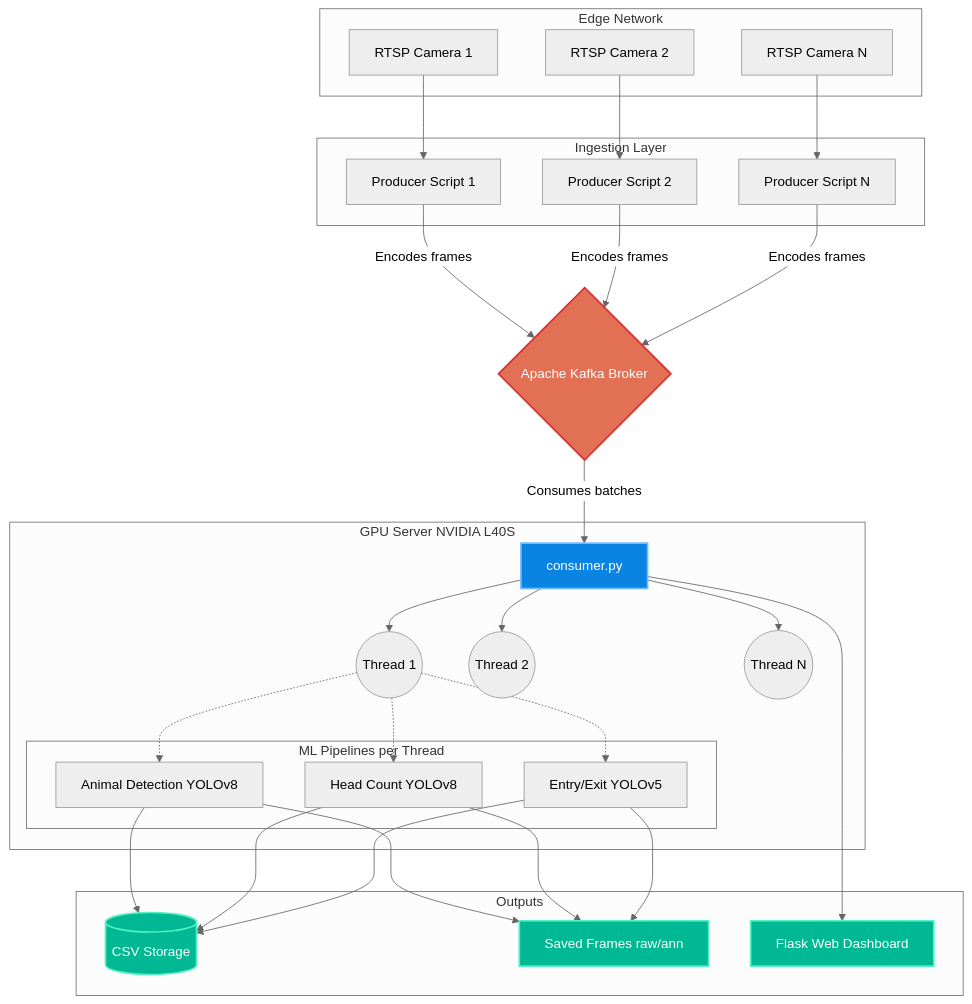
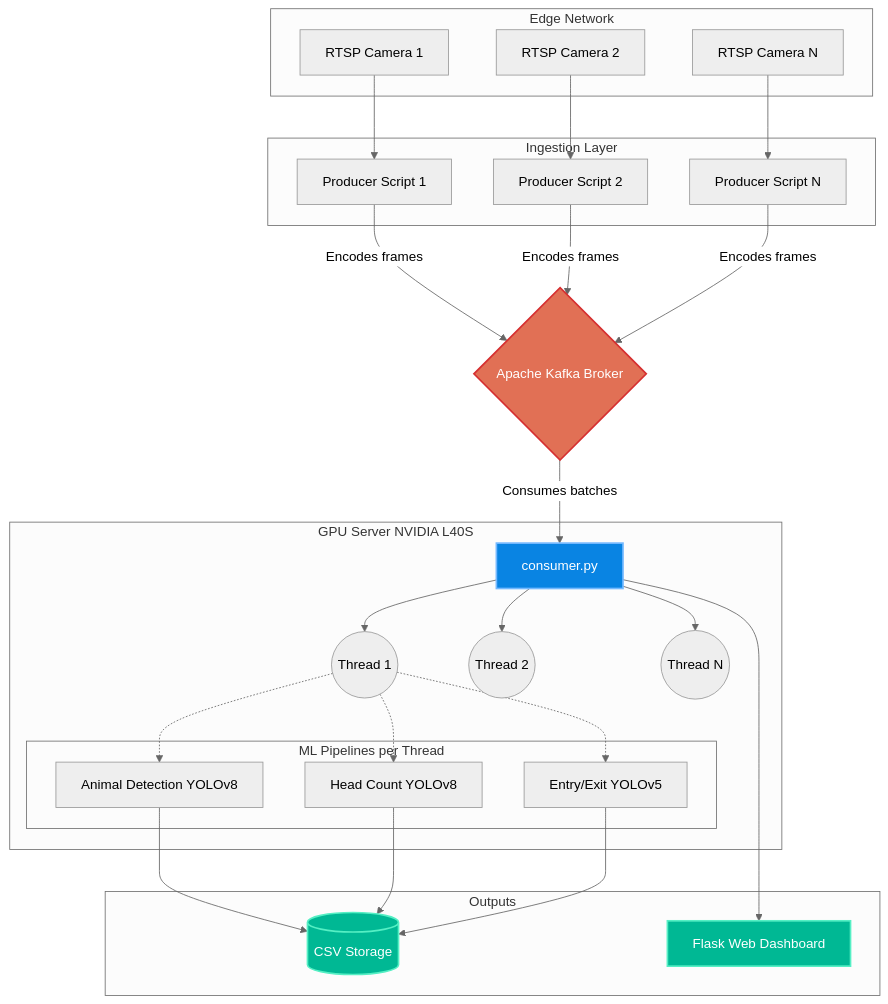
One commit to singhtejpreet2004/multi_pipeline_consumer changed the diagram in README.md. Above: the diagram before and after it, drawn with Mermaid (neutral theme). The commit also changed other lines of this file and 5 other files, not shown here.

````diff
--- a/README.md
+++ b/README.md
@@ -11,60 +11,58 @@
 ```mermaid
 graph TD
     %% Define Styles
     classDef hardware fill:#2d3436,stroke:#74b9ff,stroke-width:2px,color:#fff
     classDef kafka fill:#e17055,stroke:#d63031,stroke-width:2px,color:#fff
     classDef consumer fill:#0984e3,stroke:#74b9ff,stroke-width:2px,color:#fff
     classDef output fill:#00b894,stroke:#55efc4,stroke-width:2px,color:#fff
 
     %% Nodes
     subgraph Edge Network
         C1[RTSP Camera 1]
         C2[RTSP Camera 2]
         C3[RTSP Camera N]
     end
 
     subgraph Ingestion Layer
         P1[Producer Script 1]
         P2[Producer Script 2]
         P3[Producer Script N]
     end
 
     K{Apache Kafka Broker}:::kafka
 
     subgraph GPU Server NVIDIA L40S
         Consumer[consumer.py]:::consumer
         T1((Thread 1))
         T2((Thread 2))
         TN((Thread N))
         
         Consumer --> T1 & T2 & TN
         
         subgraph ML Pipelines per Thread
             AN[Animal Detection YOLOv8]
             HC[Head Count YOLOv8]
             EE[Entry/Exit YOLOv5]
         end
         T1 -.-> AN & HC & EE
     end
 
     subgraph Outputs
         DB[(CSV Storage)]:::output
-        FS[Saved Frames raw/ann]:::output
         WS[Flask Web Dashboard]:::output
     end
 
     %% Connections
     C1 --> P1
     C2 --> P2
     C3 --> P3
     
     P1 -->|Encodes frames| K
     P2 -->|Encodes frames| K
     P3 -->|Encodes frames| K
     
     K -->|Consumes batches| Consumer
     
     AN & HC & EE --> DB
-    AN & HC & EE --> FS
     Consumer --> WS
 ```
````
